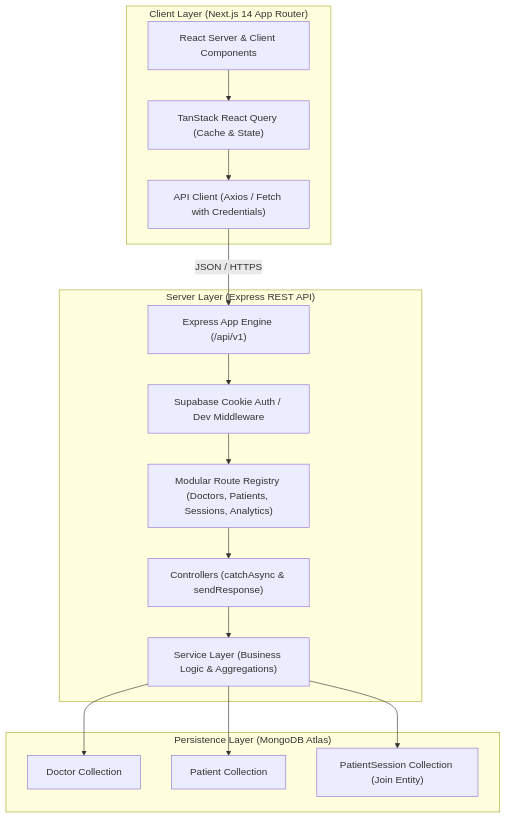
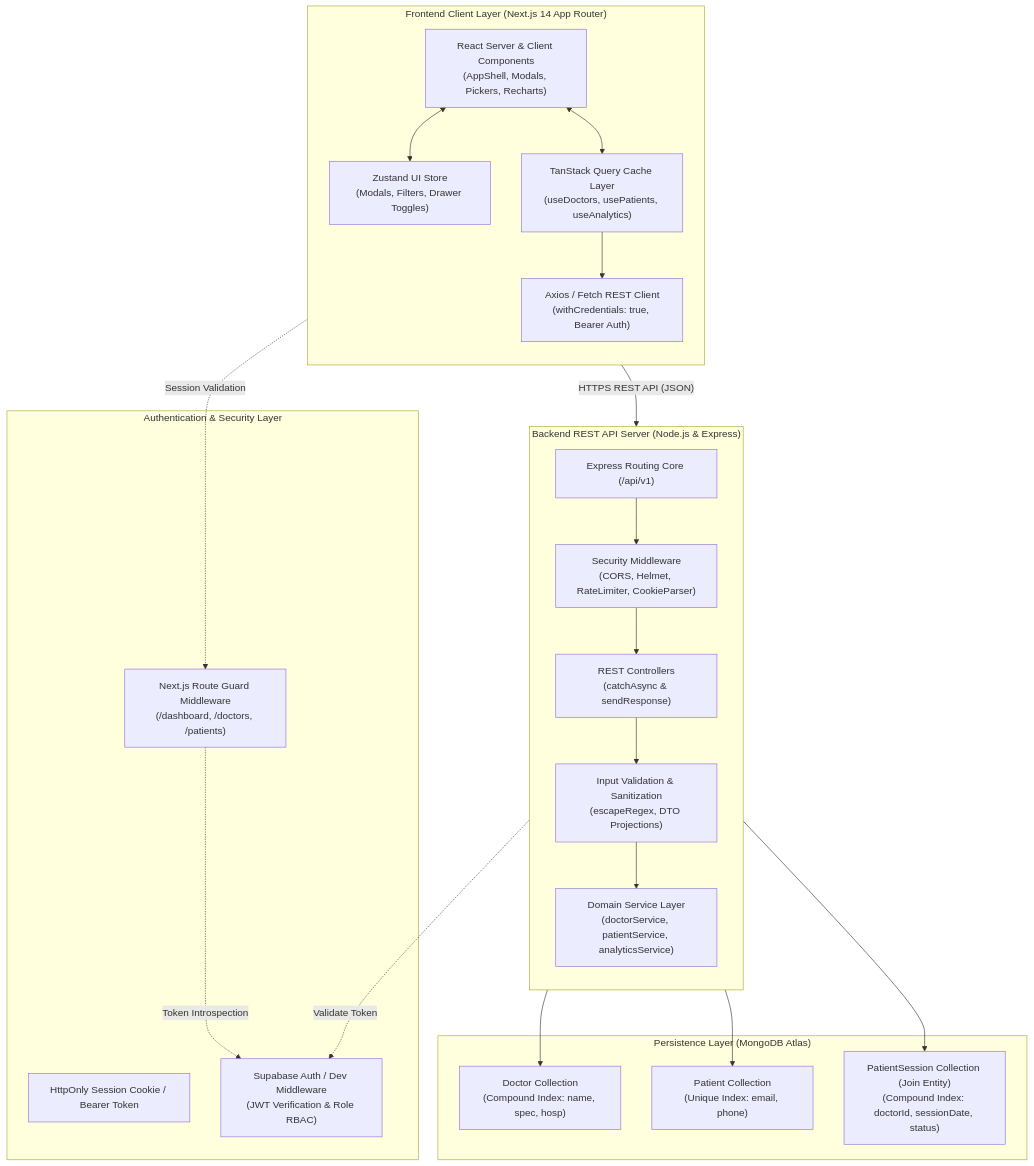
The diagram in README.md (jubayerCodes/docTrack), drawn with Mermaid before and after one commit. The commit also changed other lines of this file and 10 other files, not shown here.

````diff
--- a/README.md
+++ b/README.md
@@ -45,29 +207,46 @@
 ```mermaid
 flowchart TD
-    subgraph Client ["Client Layer (Next.js 14 App Router)"]
-        UI["React Server & Client Components"]
-        TQ["TanStack React Query (Cache & State)"]
-        AC["API Client (Axios / Fetch with Credentials)"]
-        UI --> TQ --> AC
+    subgraph BrowserClient ["Frontend Client Layer (Next.js 14 App Router)"]
+        direction TB
+        UI["React Server & Client Components\n(AppShell, Modals, Pickers, Recharts)"]
+        ZST["Zustand UI Store\n(Modals, Filters, Drawer Toggles)"]
+        TKQ["TanStack Query Cache Layer\n(useDoctors, usePatients, useAnalytics)"]
+        API_CLIENT["Axios / Fetch REST Client\n(withCredentials: true, Bearer Auth)"]
+        
+        UI <--> ZST
+        UI <--> TKQ
+        TKQ --> API_CLIENT
     end
 
-    subgraph Server ["Server Layer (Express REST API)"]
-        APP["Express App Engine (/api/v1)"]
-        AUTH["Supabase Cookie Auth / Dev Middleware"]
-        ROUTES["Modular Route Registry (Doctors, Patients, Sessions, Analytics)"]
-        CTRL["Controllers (catchAsync & sendResponse)"]
-        SERV["Service Layer (Business Logic & Aggregations)"]
-        APP --> AUTH --> ROUTES --> CTRL --> SERV
+    subgraph Security ["Authentication & Security Layer"]
+        AUTH_MW["Next.js Route Guard Middleware\n(/dashboard, /doctors, /patients)"]
+        COOKIE["HttpOnly Session Cookie / Bearer Token"]
+        SB["Supabase Auth / Dev Middleware\n(JWT Verification & Role RBAC)"]
     end
 
-    subgraph Database ["Persistence Layer (MongoDB Atlas)"]
-        M1["Doctor Collection"]
-        M2["Patient Collection"]
-        M3["PatientSession Collection (Join Entity)"]
-        SERV --> M1
-        SERV --> M2
-        SERV --> M3
+    subgraph ExpressServer ["Backend REST API Server (Node.js & Express)"]
+        direction TB
+        EX_APP["Express Routing Core (/api/v1)"]
+        SEC_MW["Security Middleware\n(CORS, Helmet, RateLimiter, CookieParser)"]
+        CTRL["REST Controllers\n(catchAsync & sendResponse)"]
+        SERV["Domain Service Layer\n(doctorService, patientService, analyticsService)"]
+        SAN["Input Validation & Sanitization\n(escapeRegex, DTO Projections)"]
+
+        EX_APP --> SEC_MW --> CTRL --> SAN --> SERV
     end
 
-    AC -- "JSON / HTTPS" --> APP
+    subgraph Persistence ["Persistence Layer (MongoDB Atlas)"]
+        M_DOC["Doctor Collection\n(Compound Index: name, spec, hosp)"]
+        M_PAT["Patient Collection\n(Unique Index: email, phone)"]
+        M_SES["PatientSession Collection (Join Entity)\n(Compound Index: doctorId, sessionDate, status)"]
+        
+        SERV --> M_DOC
+        SERV --> M_PAT
+        SERV --> M_SES
+    end
+
+    BrowserClient -- "HTTPS REST API (JSON)" --> EX_APP
+    BrowserClient -. "Session Validation" .-> AUTH_MW
+    AUTH_MW -. "Token Introspection" .-> SB
+    SEC_MW -. "Validate Token" .-> SB
 ```
````
